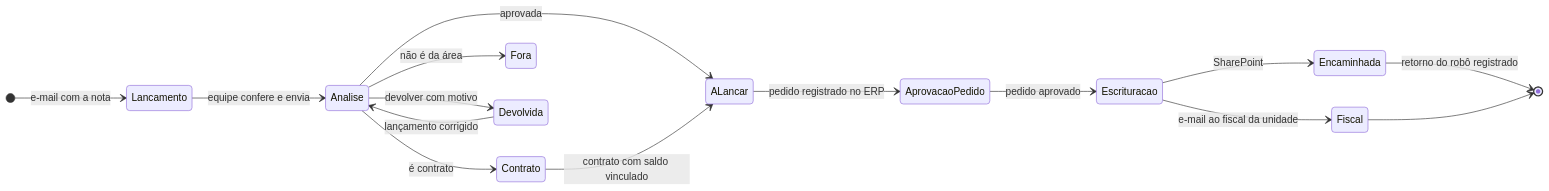
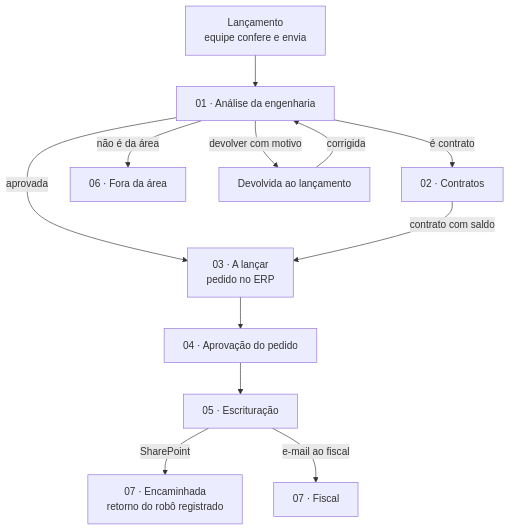
Before and after one commit to Taveshu19/plataforma-notas-fiscais: the second of 2 diagrams in README.md, drawn with Mermaid. The commit also changed other lines of this file and 9 other files, not shown here.

First line of the commit message:
Diagramas legíveis no GitHub e sem erro de sintaxe

````diff
--- a/README.md
+++ b/README.md
@@ -116,18 +99,14 @@
 ```mermaid
-stateDiagram-v2
-  direction LR
-  [*] --> Lancamento: e-mail com a nota
-  Lancamento --> Analise: equipe confere e envia
-  Analise --> Contrato: é contrato
-  Analise --> ALancar: aprovada
-  Analise --> Fora: não é da área
-  Analise --> Devolvida: devolver com motivo
-  Devolvida --> Analise: lançamento corrigido
-  Contrato --> ALancar: contrato com saldo vinculado
-  ALancar --> AprovacaoPedido: pedido registrado no ERP
-  AprovacaoPedido --> Escrituracao: pedido aprovado
-  Escrituracao --> Encaminhada: SharePoint
-  Escrituracao --> Fiscal: e-mail ao fiscal da unidade
-  Encaminhada --> [*]: retorno do robô registrado
-  Fiscal --> [*]
+flowchart TD
+  L["Lançamento<br/>equipe confere e envia"] --> A["01 · Análise da engenharia"]
+  A -->|"é contrato"| C["02 · Contratos"]
+  A -->|"aprovada"| P["03 · A lançar<br/>pedido no ERP"]
+  A -->|"não é da área"| F["06 · Fora da área"]
+  A -->|"devolver com motivo"| D["Devolvida ao lançamento"]
+  D -->|"corrigida"| A
+  C -->|"contrato com saldo"| P
+  P --> AP["04 · Aprovação do pedido"]
+  AP --> E["05 · Escrituração"]
+  E -->|"SharePoint"| EN["07 · Encaminhada<br/>retorno do robô registrado"]
+  E -->|"e-mail ao fiscal"| FI["07 · Fiscal"]
 ```
````
